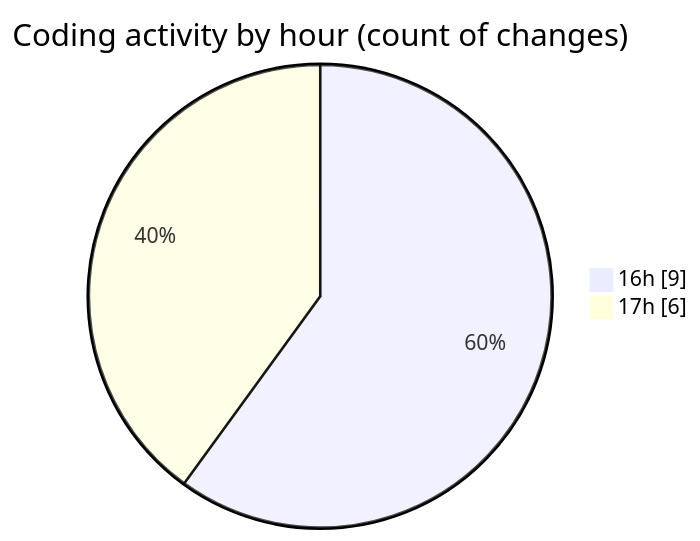
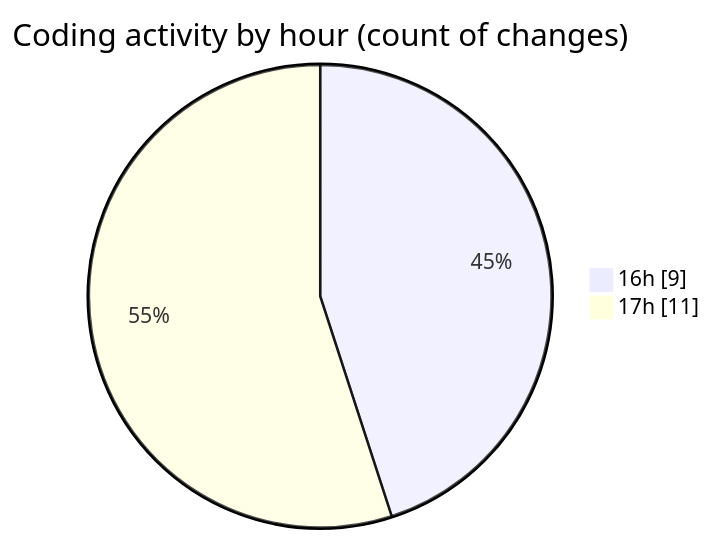
One commit to debugP/code-tracking changed the second of 2 diagrams in 2026-10-21/untitled__workspace_/README.md. Above: the diagram before and after it, drawn with Mermaid. The commit also changed other lines of this file and 1 other file, not shown here.

````diff
--- a/2026-10-21/untitled__workspace_/README.md
+++ b/2026-10-21/untitled__workspace_/README.md
@@ -30,6 +30,6 @@
 ```mermaid
 pie showData
 title Coding activity by hour (count of changes)
 "16h" : 9
-"17h" : 6
+"17h" : 11
 ```
````
